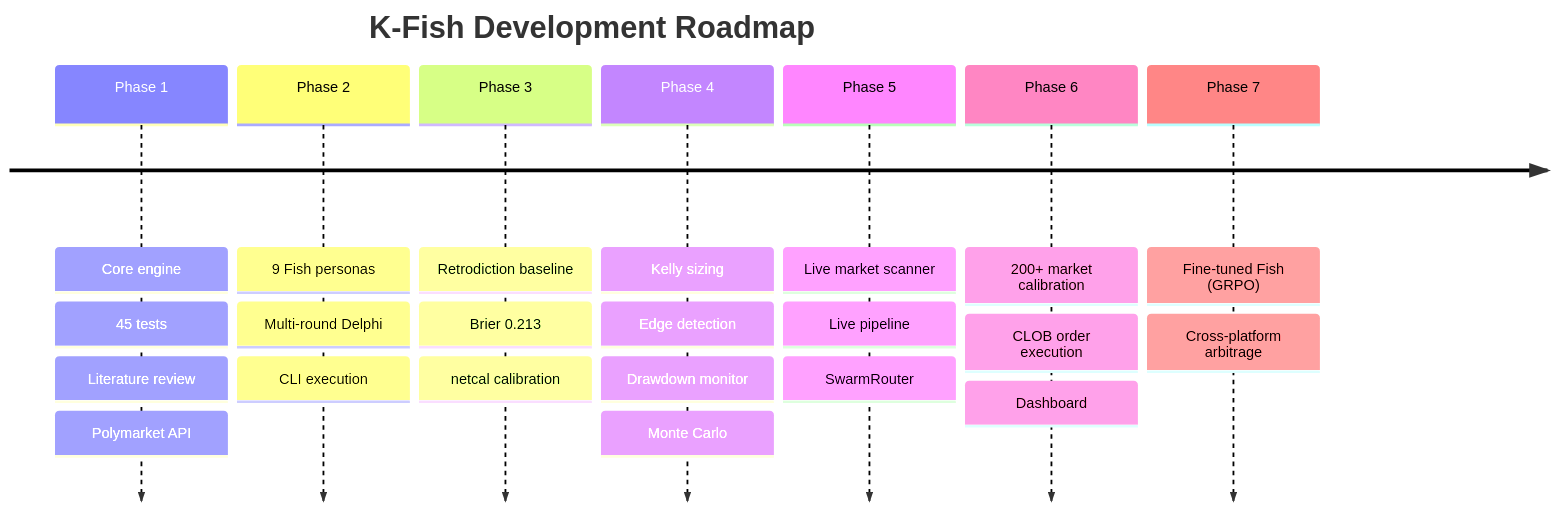
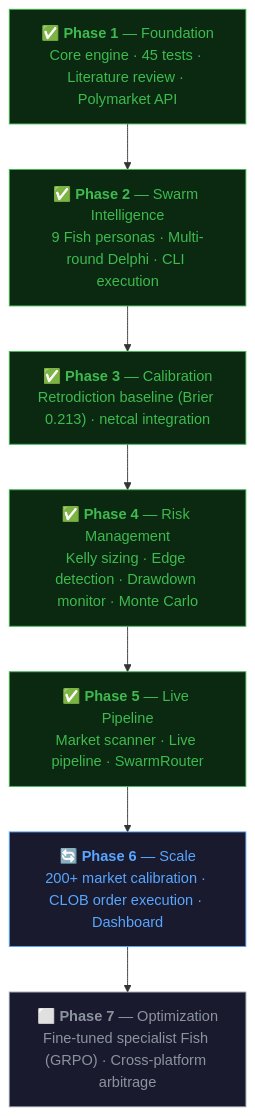
The fourth of 4 diagrams in README.md (ksk5429/quant), drawn with Mermaid before and after one commit.

Commit message:
fix: vertical roadmap for mobile readability

````diff
--- a/README.md
+++ b/README.md
@@ -357,26 +357,20 @@
 ```mermaid
-timeline
-    title K-Fish Development Roadmap
-    Phase 1 : Core engine
-             : 45 tests
-             : Literature review
-             : Polymarket API
-    Phase 2 : 9 Fish personas
-             : Multi-round Delphi
-             : CLI execution
-    Phase 3 : Retrodiction baseline
-             : Brier 0.213
-             : netcal calibration
-    Phase 4 : Kelly sizing
-             : Edge detection
-             : Drawdown monitor
-             : Monte Carlo
-    Phase 5 : Live market scanner
-             : Live pipeline
-             : SwarmRouter
-    Phase 6 : 200+ market calibration
-             : CLOB order execution
-             : Dashboard
-    Phase 7 : Fine-tuned Fish (GRPO)
-             : Cross-platform arbitrage
+graph TD
+    P1["✅ <b>Phase 1</b> — Foundation<br/>Core engine · 45 tests · Literature review · Polymarket API"]
+    P2["✅ <b>Phase 2</b> — Swarm Intelligence<br/>9 Fish personas · Multi-round Delphi · CLI execution"]
+    P3["✅ <b>Phase 3</b> — Calibration<br/>Retrodiction baseline (Brier 0.213) · netcal integration"]
+    P4["✅ <b>Phase 4</b> — Risk Management<br/>Kelly sizing · Edge detection · Drawdown monitor · Monte Carlo"]
+    P5["✅ <b>Phase 5</b> — Live Pipeline<br/>Market scanner · Live pipeline · SwarmRouter"]
+    P6["🔄 <b>Phase 6</b> — Scale<br/>200+ market calibration · CLOB order execution · Dashboard"]
+    P7["⬜ <b>Phase 7</b> — Optimization<br/>Fine-tuned specialist Fish (GRPO) · Cross-platform arbitrage"]
+
+    P1 --> P2 --> P3 --> P4 --> P5 --> P6 --> P7
+
+    style P1 fill:#0a2910,stroke:#3fb950,color:#3fb950
+    style P2 fill:#0a2910,stroke:#3fb950,color:#3fb950
+    style P3 fill:#0a2910,stroke:#3fb950,color:#3fb950
+    style P4 fill:#0a2910,stroke:#3fb950,color:#3fb950
+    style P5 fill:#0a2910,stroke:#3fb950,color:#3fb950
+    style P6 fill:#1a1a2e,stroke:#58a6ff,color:#58a6ff
+    style P7 fill:#1a1a2e,stroke:#8b949e,color:#8b949e
 ```
````
